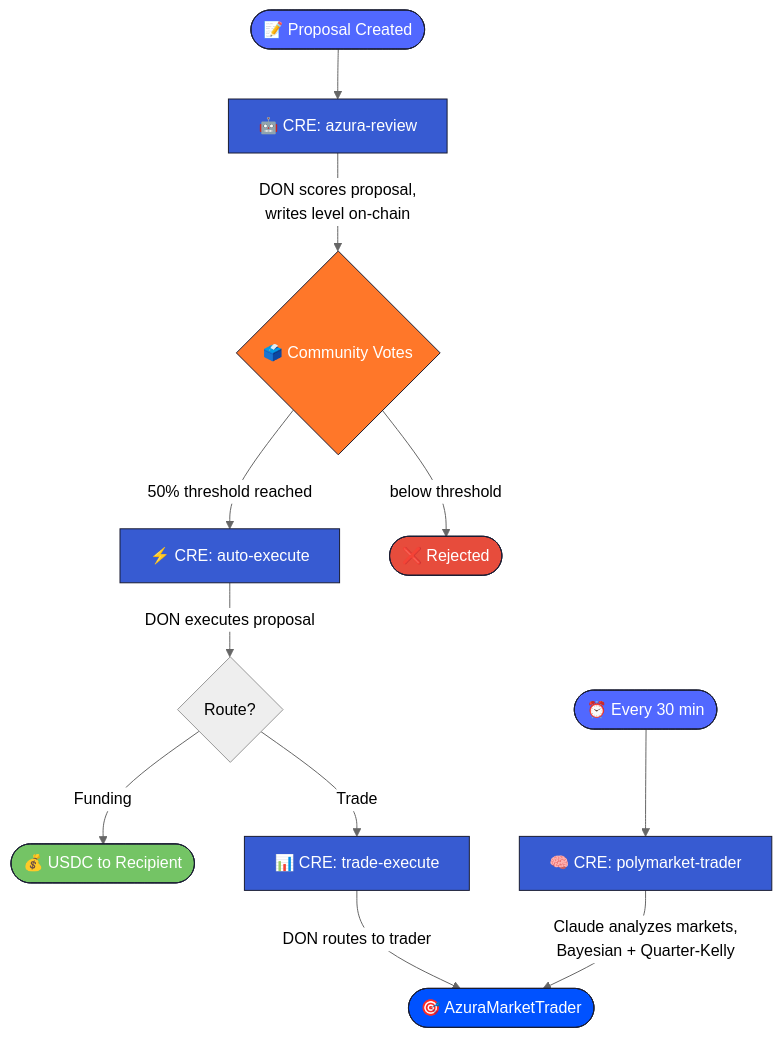
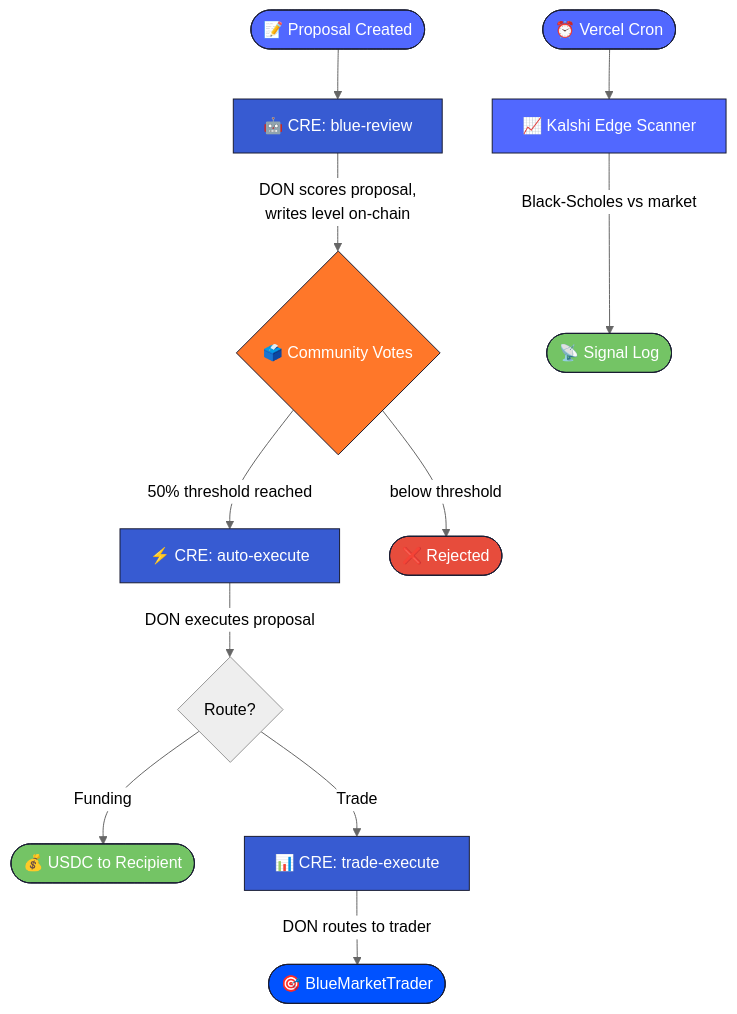
One commit to Mental-Wealth-Academy/platform changed the diagram in README.md. Above: the diagram before and after it, drawn with Mermaid (neutral theme). The commit also changed other lines of this file and 101 other files, not shown here.

First line of the commit message:
Rename Azura to Blue and replace Polymarket with Kalshi

````diff
--- a/README.md
+++ b/README.md
@@ -89,25 +78,26 @@
 ```mermaid
 flowchart TD
-    A([📝 Proposal Created]) --> B[🤖 CRE: azura-review]
+    A([📝 Proposal Created]) --> B[🤖 CRE: blue-review]
     B -->|DON scores proposal,\nwrites level on-chain| C{🗳️ Community Votes}
     C -->|50% threshold reached| D[⚡ CRE: auto-execute]
     C -->|below threshold| X([❌ Rejected])
     D -->|DON executes proposal| E{Route?}
     E -->|Funding| F([💰 USDC to Recipient])
     E -->|Trade| G[📊 CRE: trade-execute]
-    G -->|DON routes to trader| H([🎯 AzuraMarketTrader])
+    G -->|DON routes to trader| H([🎯 BlueMarketTrader])
 
-    I([⏰ Every 30 min]) --> J[🧠 CRE: polymarket-trader]
-    J -->|Claude analyzes markets,\nBayesian + Quarter-Kelly| H
+    I([⏰ Vercel Cron]) --> J[📈 Kalshi Edge Scanner]
+    J -->|Black-Scholes vs market| K([📡 Signal Log])
 
     style A fill:#5168FF,color:#fff,stroke:#1A1D33
     style B fill:#375BD2,color:#fff,stroke:#1A1D33
     style C fill:#FF7729,color:#fff,stroke:#1A1D33
     style D fill:#375BD2,color:#fff,stroke:#1A1D33
     style F fill:#74C465,color:#fff,stroke:#1A1D33
     style G fill:#375BD2,color:#fff,stroke:#1A1D33
     style H fill:#0052FF,color:#fff,stroke:#1A1D33
     style I fill:#5168FF,color:#fff,stroke:#1A1D33
-    style J fill:#375BD2,color:#fff,stroke:#1A1D33
+    style J fill:#5168FF,color:#fff,stroke:#1A1D33
+    style K fill:#74C465,color:#fff,stroke:#1A1D33
     style X fill:#e74c3c,color:#fff,stroke:#1A1D33
 ```
````
